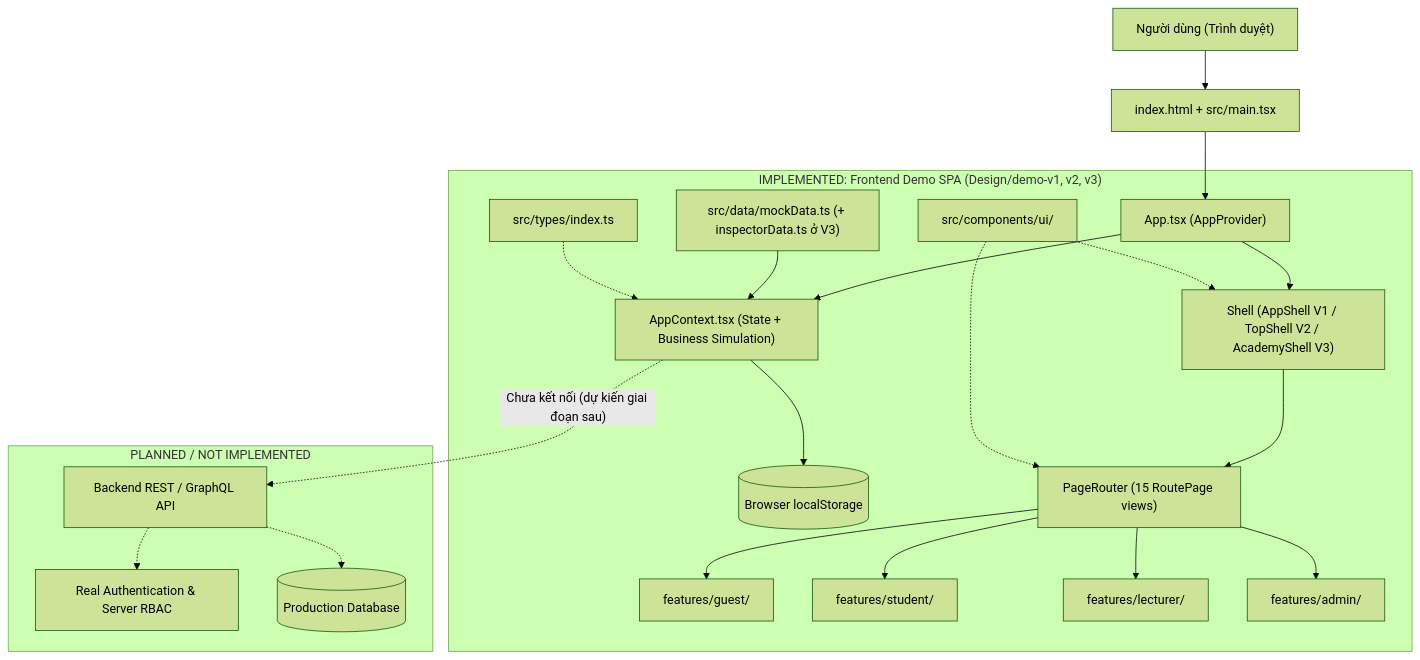
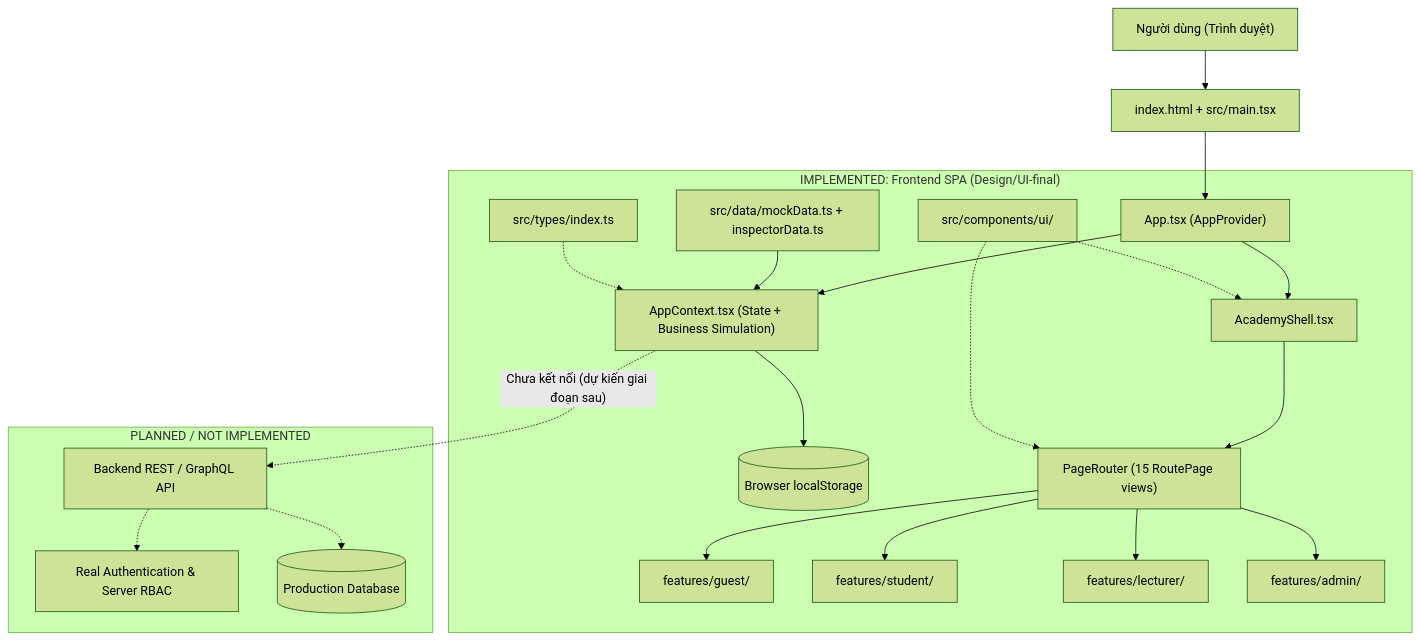
One commit to duglong123/cse122-Netwiz-Thich-lap-trinh changed the diagram in docs/technical-knowledge/architecture.md. Above: the diagram before and after it, drawn with Mermaid (forest theme). The commit also changed other lines of this file and 155 other files, not shown here.

````diff
--- a/docs/technical-knowledge/architecture.md
+++ b/docs/technical-knowledge/architecture.md
@@ -38,30 +36,30 @@
 ```mermaid
 flowchart TD
     User["Người dùng (Trình duyệt)"] --> Entry["index.html + src/main.tsx"]
     Entry --> App["App.tsx (AppProvider)"]
 
-    subgraph IMPLEMENTED["IMPLEMENTED: Frontend Demo SPA (Design/demo-v1, v2, v3)"]
+    subgraph IMPLEMENTED["IMPLEMENTED: Frontend SPA (Design/UI-final)"]
         App --> Store["AppContext.tsx (State + Business Simulation)"]
         Store --> LocalStorage[("Browser localStorage")]
-        Mock["src/data/mockData.ts (+ inspectorData.ts ở V3)"] --> Store
+        Mock["src/data/mockData.ts + inspectorData.ts"] --> Store
         Types["src/types/index.ts"] -.-> Store
-        App --> Shell["Shell (AppShell V1 / TopShell V2 / AcademyShell V3)"]
+        App --> Shell["AcademyShell.tsx"]
         Shell --> Router["PageRouter (15 RoutePage views)"]
         Router --> Guest["features/guest/"]
         Router --> Student["features/student/"]
         Router --> Lecturer["features/lecturer/"]
         Router --> Admin["features/admin/"]
         UI["src/components/ui/"] -.-> Shell
         UI -.-> Router
     end
 
     subgraph PLANNED["PLANNED / NOT IMPLEMENTED"]
         API["Backend REST / GraphQL API"]
         Auth["Real Authentication & Server RBAC"]
         DB[("Production Database")]
     end
 
     Store -. "Chưa kết nối (dự kiến giai đoạn sau)" .-> API
     API -.-> Auth
     API -.-> DB
 ```
````
